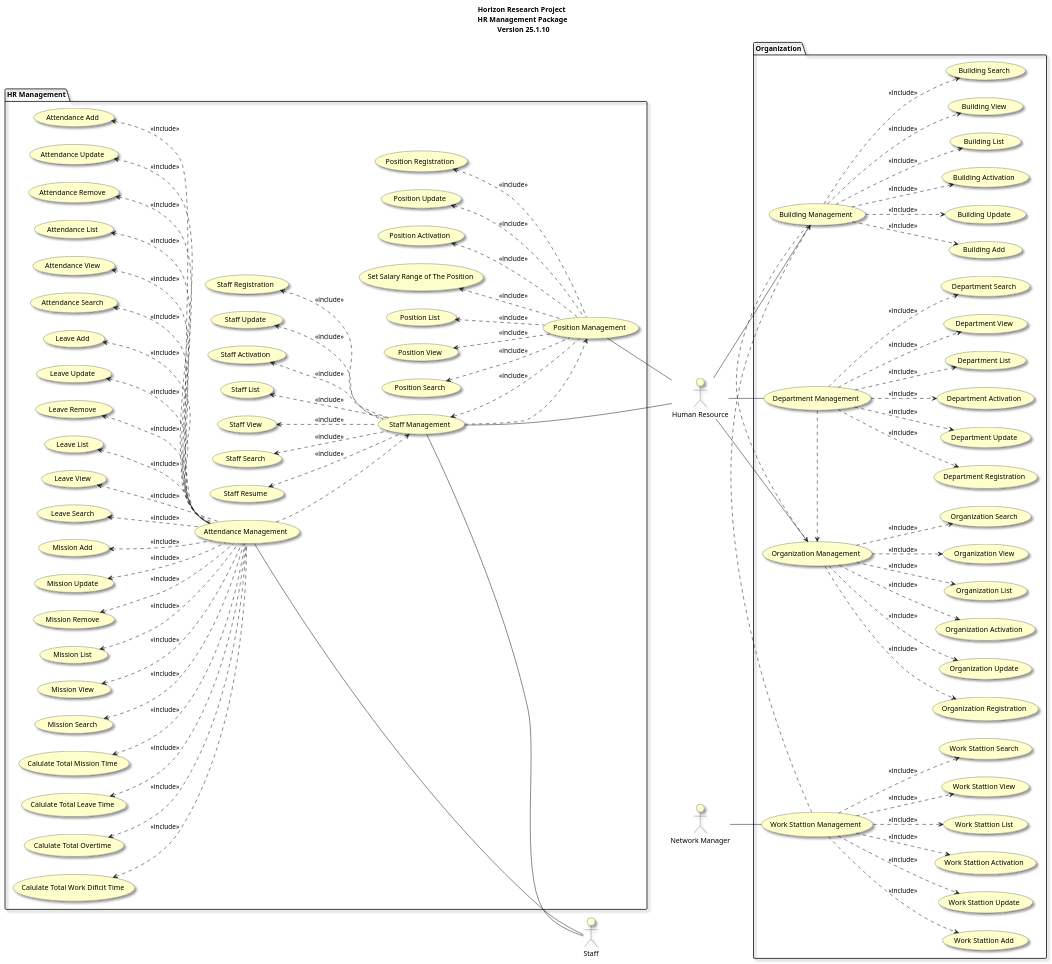
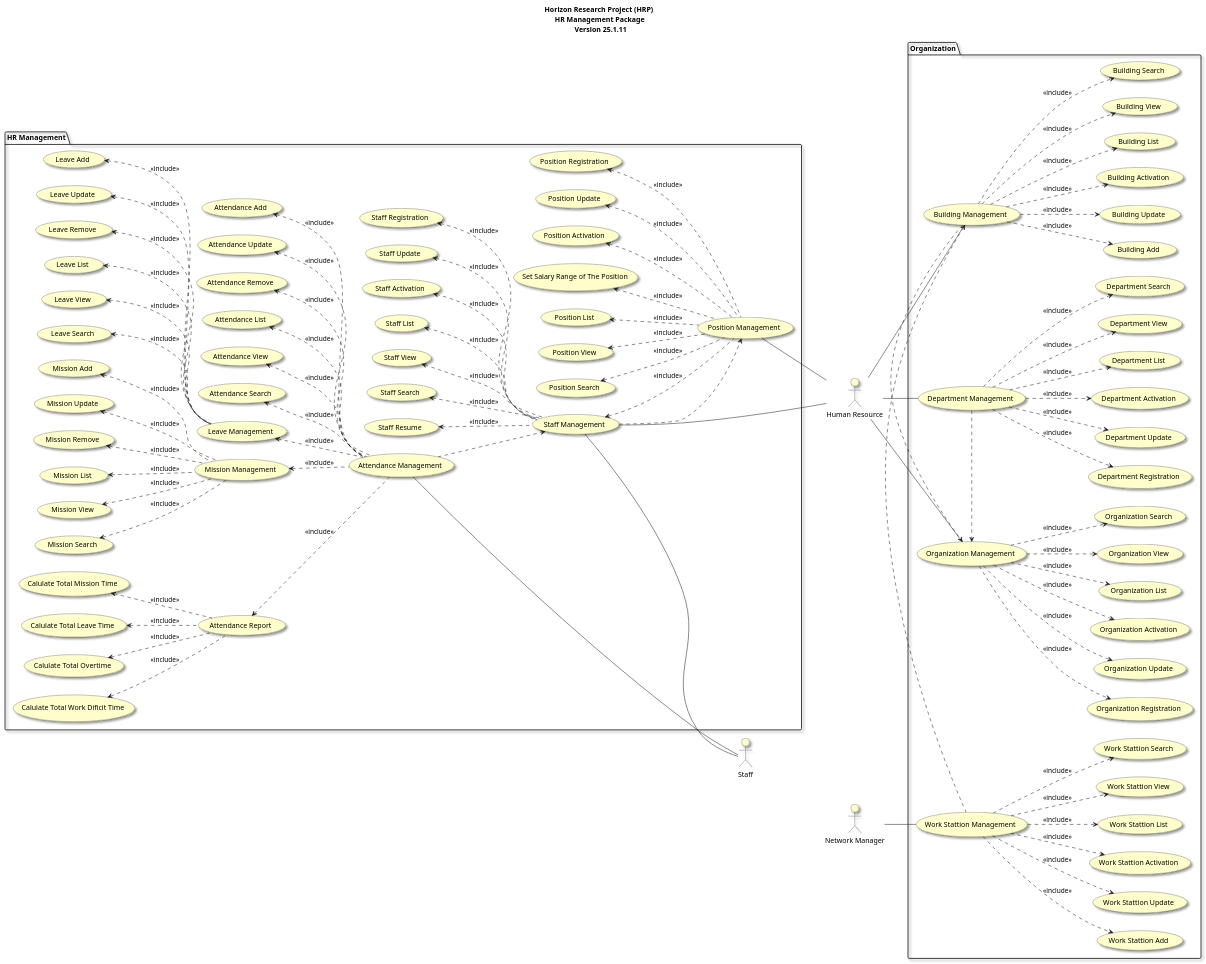
One commit to mahyaresteki/Horizon changed the diagram in HorizonModeling/HorizonUml/UseCase/Use Case/Packages/HRManagementUseCaseDiagram.puml. Above: the diagram before and after it, drawn with PlantUML. The commit also changed 24 other files, not shown here.

```diff
--- a/HorizonModeling/HorizonUml/UseCase/Use Case/Packages/HRManagementUseCaseDiagram.puml
+++ b/HorizonModeling/HorizonUml/UseCase/Use Case/Packages/HRManagementUseCaseDiagram.puml
@@ -1,168 +1,174 @@
 @startuml
 left to right direction
 
 skinparam useCaseBackgroundColor #Business
 skinparam actorBackgroundColor #Business
 skinparam Shadowing True
 
-title Horizon Research Project \n HR Management Package \n Version 25.1.10
+title Horizon Research Project (HRP) \n HR Management Package \n Version 25.1.11
 
 :Human Resource: as HR
 :Network Manager: as NetworkManager
 :Staff: as Staff
 
 package "HR Management"{
     usecase "Position Management" as positionManagement
     usecase "Position Registration" as positionRegistration
     usecase "Position Update" as positionUpdate
     usecase "Position Activation" as positionActivation
     usecase "Set Salary Range of The Position" as setPositionSalaryrange
     usecase "Position List" as positionList
     usecase "Position View" as positionView
     usecase "Position Search" as positionSearch
     usecase "Staff Management" as staffManagement
     usecase "Staff Registration" as staffRegistration
     usecase "Staff Update" as staffUpdate
     usecase "Staff Activation" as staffActivation
     usecase "Staff List" as staffList
     usecase "Staff View" as staffView
     usecase "Staff Search" as staffSearch
     usecase "Staff Resume" as staffResume
     usecase "Attendance Management" as attendanceManagement
     usecase "Attendance Add" as attendanceAdd
     usecase "Attendance Update" as AttendanceUpdate
     usecase "Attendance Remove" as AttendanceRemove
     usecase "Attendance List" as attendanceList
     usecase "Attendance View" as attendanceView
     usecase "Attendance Search" as attendanceSearch
+    usecase "Leave Management" as leaveManagement
     usecase "Leave Add" as leaveAdd
     usecase "Leave Update" as leaveUpdate
     usecase "Leave Remove" as leaveRemove
     usecase "Leave List" as leaveList
     usecase "Leave View" as leaveView
     usecase "Leave Search" as leaveSearch
+    usecase "Mission Management" as missionManagement
     usecase "Mission Add" as missionAdd
     usecase "Mission Update" as missionUpdate
     usecase "Mission Remove" as missionRemove
     usecase "Mission List" as missionList
     usecase "Mission View" as missionView
     usecase "Mission Search" as missionSearch
+    usecase "Attendance Report" as attendanceReport
     usecase "Calulate Total Mission Time" as totalMissionTime
     usecase "Calulate Total Leave Time" as totalLeaveTime
     usecase "Calulate Total Overtime" as totalOvertime
     usecase "Calulate Total Work Dificit Time" as totalWorkDificitTime
     
 }
 
 package "Organization"{
     usecase "Organization Management" as organizationManagement
     usecase "Organization Registration" as organizationRegistration
     usecase "Organization Update" as organizationUpdate
     usecase "Organization Activation" as organizationActivation
     usecase "Organization List" as organizationList
     usecase "Organization View" as organizationView
     usecase "Organization Search" as organizationSearch
     usecase "Department Management" as departmentManagement
     usecase "Department Registration" as departmentRegistration
     usecase "Department Update" as departmentUpdate
     usecase "Department Activation" as departmentActivation
     usecase "Department List" as departmentList
     usecase "Department View" as departmentView
     usecase "Department Search" as departmentSearch
     usecase "Building Management" as buildingManagement
     usecase "Building Add" as buildingAdd
     usecase "Building Update" as buildingUpdate
     usecase "Building Activation" as buildingActivation
     usecase "Building List" as buildingList
     usecase "Building View" as buildingView
     usecase "Building Search" as buildingSearch
     usecase "Work Stattion Management" as workStationManagement
     usecase "Work Stattion Add" as workStationAdd
     usecase "Work Stattion Update" as workStationUpdate
     usecase "Work Stattion Activation" as workStationActivation
     usecase "Work Stattion List" as workStationList
     usecase "Work Stattion View" as workStationView
     usecase "Work Stattion Search" as workStationSearch
 }
 
 HR -- departmentManagement
 HR -- organizationManagement
 HR -- buildingManagement
 NetworkManager -- workStationManagement
 
 departmentManagement .> organizationManagement
 buildingManagement <. workStationManagement
 buildingManagement .> organizationManagement
 
 organizationManagement ..> organizationRegistration : <<include>>
 organizationManagement ..> organizationUpdate : <<include>>
 organizationManagement ..> organizationActivation : <<include>>
 organizationManagement ..> organizationList : <<include>>
 organizationManagement ..> organizationView : <<include>>
 organizationManagement ..> organizationSearch : <<include>>
 departmentManagement ..> departmentRegistration : <<include>>
 departmentManagement ..> departmentUpdate : <<include>>
 departmentManagement ..> departmentActivation : <<include>>
 departmentManagement ..> departmentList : <<include>>
 departmentManagement ..> departmentView : <<include>>
 departmentManagement ..> departmentSearch : <<include>>
 buildingManagement ..> buildingAdd : <<include>>
 buildingManagement ..> buildingUpdate : <<include>>
 buildingManagement ..> buildingActivation : <<include>>
 buildingManagement ..> buildingList : <<include>>
 buildingManagement ..> buildingView : <<include>>
 buildingManagement ..> buildingSearch : <<include>>
 workStationManagement ..> workStationAdd : <<include>>
 workStationManagement ..> workStationUpdate : <<include>>
 workStationManagement ..> workStationActivation : <<include>>
 workStationManagement ..> workStationList : <<include>>
 workStationManagement ..> workStationView : <<include>>
 workStationManagement ..> workStationSearch : <<include>>
 
 staffManagement -- HR
 positionManagement -- HR
 staffManagement -- Staff
 attendanceManagement -- Staff
 
 staffManagement ..> positionManagement
 attendanceManagement ..> staffManagement
 
 staffRegistration <.. staffManagement : <<include>>
 staffUpdate <.. staffManagement : <<include>>
 staffActivation <.. staffManagement : <<include>>
 staffList <.. staffManagement : <<include>>
 staffView <.. staffManagement : <<include>>
 staffSearch <.. staffManagement : <<include>>
 staffResume <.. staffManagement : <<include>>
 positionRegistration <.. positionManagement : <<include>>
 positionUpdate <.. positionManagement : <<include>>
 positionActivation <.. positionManagement : <<include>>
 positionList <.. positionManagement : <<include>>
 positionView <.. positionManagement : <<include>>
 positionSearch <.. positionManagement : <<include>>
 setPositionSalaryrange <.. positionManagement : <<include>>
 staffManagement <.. positionManagement : <<include>>
 
 attendanceAdd <.. attendanceManagement : <<include>>
 AttendanceUpdate <.. attendanceManagement : <<include>>
 AttendanceRemove <.. attendanceManagement : <<include>>
 attendanceList <.. attendanceManagement : <<include>>
 attendanceView <.. attendanceManagement : <<include>>
 attendanceSearch <.. attendanceManagement : <<include>>
-leaveAdd <.. attendanceManagement : <<include>>
-leaveUpdate <.. attendanceManagement : <<include>>
-leaveRemove <.. attendanceManagement : <<include>>
-leaveList <.. attendanceManagement : <<include>>
-leaveView <.. attendanceManagement : <<include>>
-leaveSearch <.. attendanceManagement : <<include>>
-missionAdd <.. attendanceManagement : <<include>>
-missionUpdate <.. attendanceManagement : <<include>>
-missionRemove <.. attendanceManagement : <<include>>
-missionList <.. attendanceManagement : <<include>>
-missionView <.. attendanceManagement : <<include>>
-missionSearch <.. attendanceManagement : <<include>>
-totalMissionTime <.. attendanceManagement : <<include>>
-totalLeaveTime <.. attendanceManagement : <<include>>
-totalOvertime <.. attendanceManagement : <<include>>
-totalWorkDificitTime <.. attendanceManagement : <<include>>
+leaveManagement <.. attendanceManagement : <<include>>
+leaveAdd <.. leaveManagement : <<include>>
+leaveUpdate <.. leaveManagement : <<include>>
+leaveRemove <.. leaveManagement : <<include>>
+leaveList <.. leaveManagement : <<include>>
+leaveView <.. leaveManagement : <<include>>
+leaveSearch <.. leaveManagement : <<include>>
+missionManagement <.. attendanceManagement : <<include>>
+missionAdd <.. missionManagement : <<include>>
+missionUpdate <.. missionManagement : <<include>>
+missionRemove <.. missionManagement : <<include>>
+missionList <.. missionManagement : <<include>>
+missionView <.. missionManagement : <<include>>
+missionSearch <.. missionManagement : <<include>>
+attendanceReport <.. attendanceManagement : <<include>>
+totalMissionTime <.. attendanceReport : <<include>>
+totalLeaveTime <.. attendanceReport : <<include>>
+totalOvertime <.. attendanceReport : <<include>>
+totalWorkDificitTime <.. attendanceReport : <<include>>
 @enduml
```
